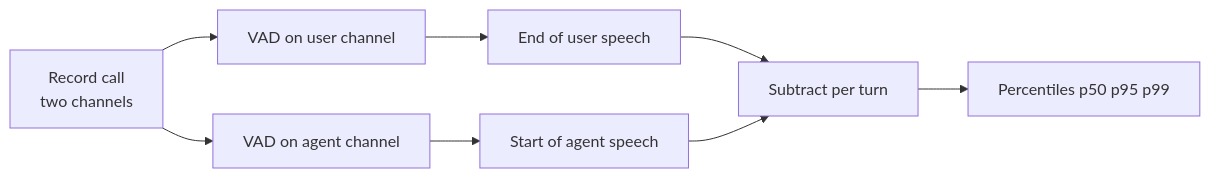
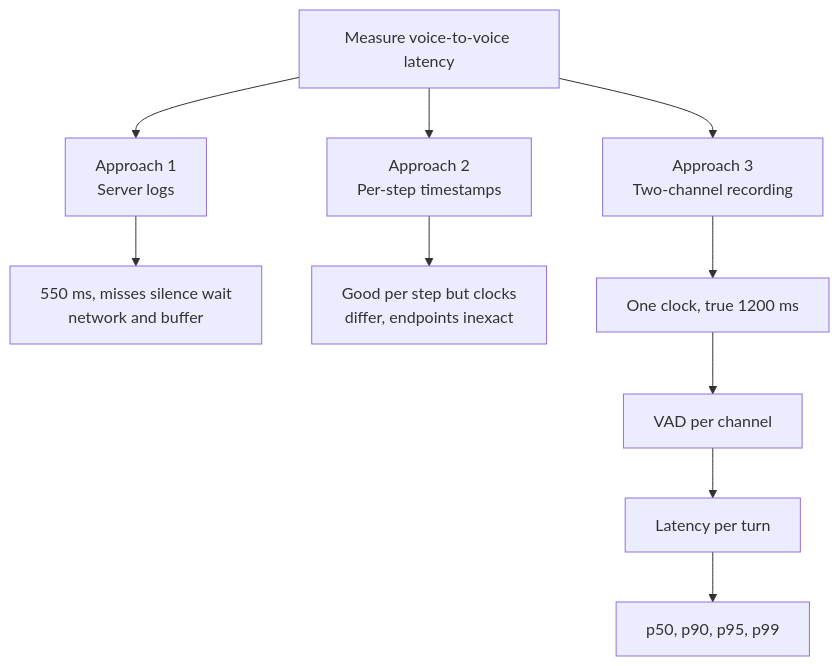
The first of 2 diagrams in notes/step-16-ai-infrastructure-deployment-and-system-design/209-voice-to-voice-latency.md (kaisarnajar/outcome-school-blogs), drawn with Mermaid before and after one commit. The commit also changed other lines of this file and 233 other files, not shown here.

````diff
--- a/notes/step-16-ai-infrastructure-deployment-and-system-design/209-voice-to-voice-latency.md
+++ b/notes/step-16-ai-infrastructure-deployment-and-system-design/209-voice-to-voice-latency.md
@@ -40,10 +70,12 @@
 ```mermaid
-flowchart LR
-    A["Record call<br/>two channels"] --> B["VAD on user channel"]
-    A --> C["VAD on agent channel"]
-    B --> D["End of user speech"]
-    C --> E["Start of agent speech"]
-    D --> F["Subtract per turn"]
-    E --> F
-    F --> G["Percentiles p50 p95 p99"]
+flowchart TD
+  Q1["Measure voice-to-voice latency"] --> A1["Approach 1<br/>Server logs"]
+  Q1 --> A2["Approach 2<br/>Per-step timestamps"]
+  Q1 --> A3["Approach 3<br/>Two-channel recording"]
+  A1 --> R1["550 ms, misses silence wait<br/>network and buffer"]
+  A2 --> R2["Good per step but clocks<br/>differ, endpoints inexact"]
+  A3 --> R3["One clock, true 1200 ms"]
+  R3 --> V1["VAD per channel"]
+  V1 --> S1["Latency per turn"]
+  S1 --> P1["p50, p90, p95, p99"]
 ```
````
